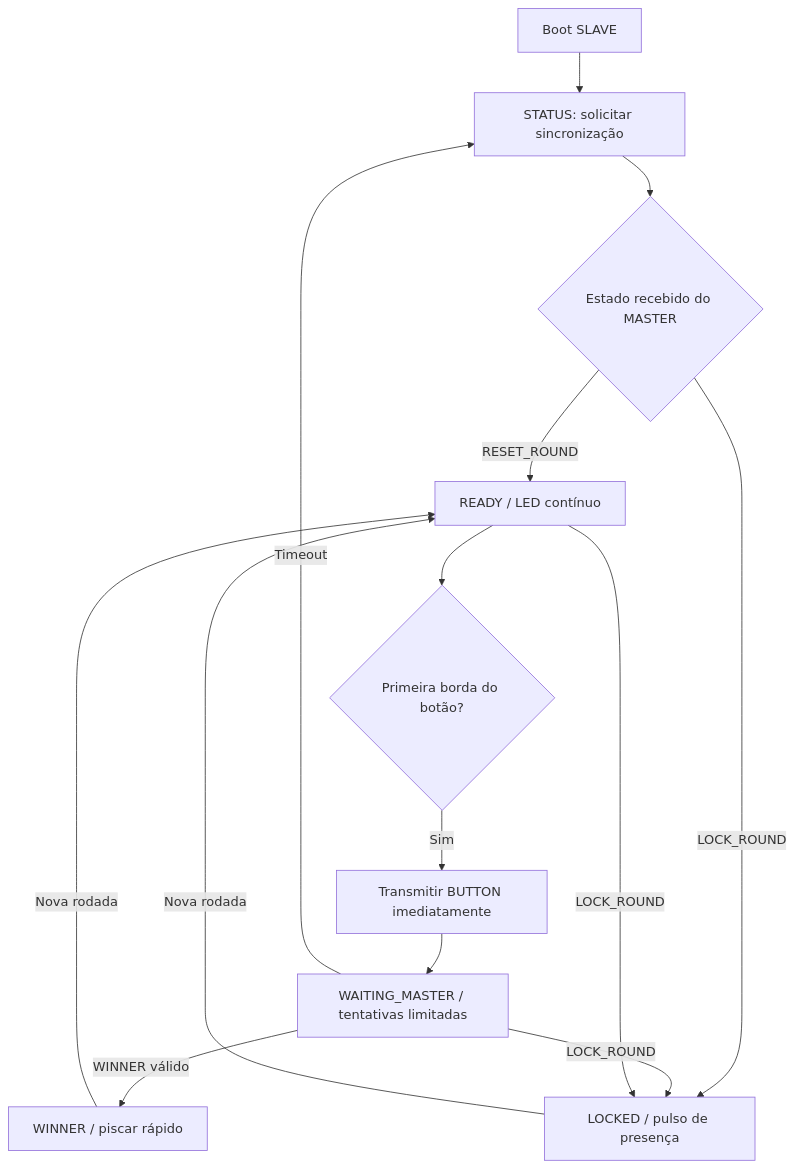
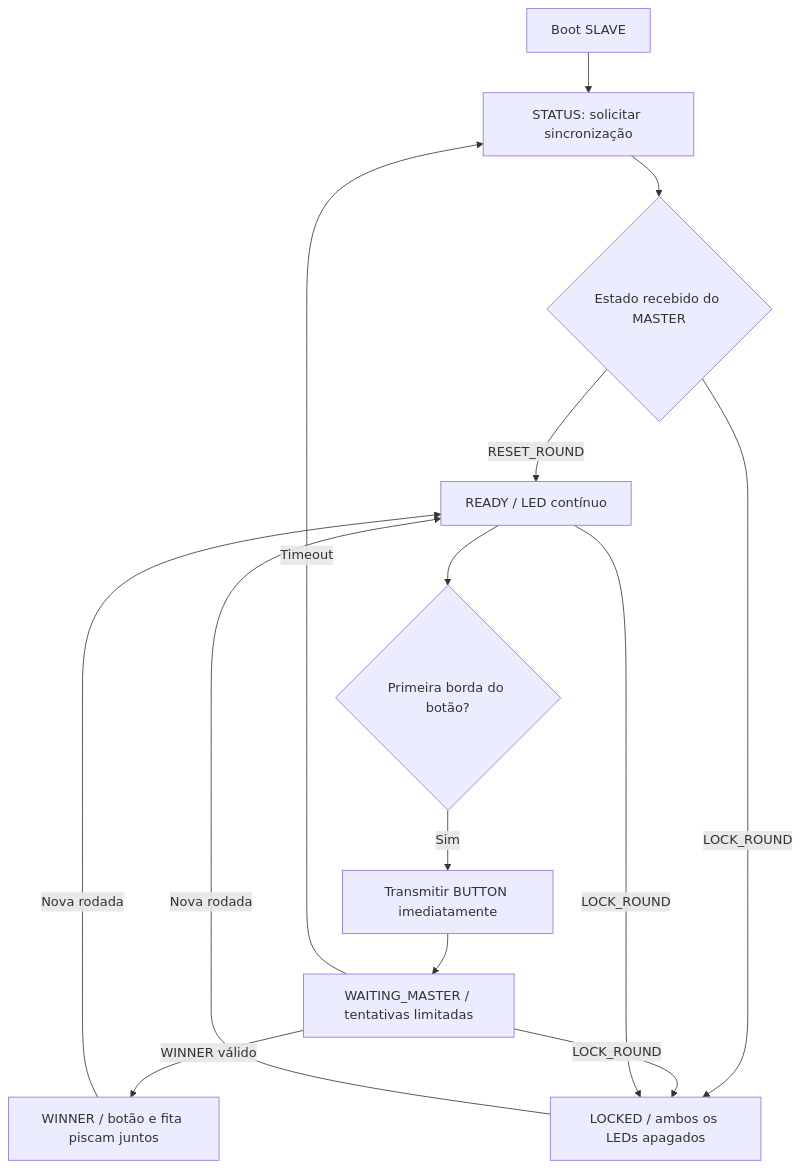
Before and after one commit to ViniciusEMonteiro/QuizBuzzer-ESP-NOW: the second of 2 diagrams in README.md, drawn with Mermaid. The commit also changed other lines of this file and 15 other files, not shown here.

````diff
--- a/README.md
+++ b/README.md
@@ -60,16 +62,16 @@
 ```mermaid
 flowchart TD
     A[Boot SLAVE] --> B[STATUS: solicitar sincronização]
     B --> C{Estado recebido do MASTER}
     C -->|RESET_ROUND| D[READY / LED contínuo]
-    C -->|LOCK_ROUND| E[LOCKED / pulso de presença]
+    C -->|LOCK_ROUND| E[LOCKED / ambos os LEDs apagados]
     D --> F{Primeira borda do botão?}
     F -->|Sim| G[Transmitir BUTTON imediatamente]
     G --> H[WAITING_MASTER / tentativas limitadas]
-    H -->|WINNER válido| I[WINNER / piscar rápido]
+    H -->|WINNER válido| I[WINNER / botão e fita piscam juntos]
     H -->|LOCK_ROUND| E
     H -->|Timeout| B
     I -->|Nova rodada| D
     E -->|Nova rodada| D
     D -->|LOCK_ROUND| E
 ```
````
